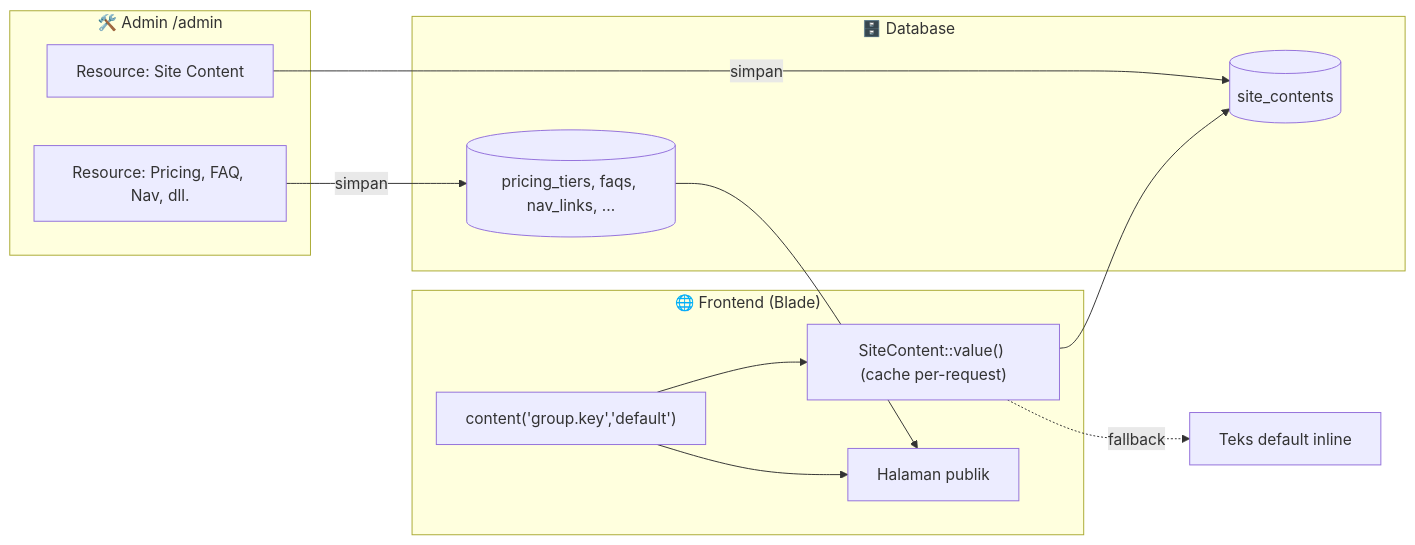
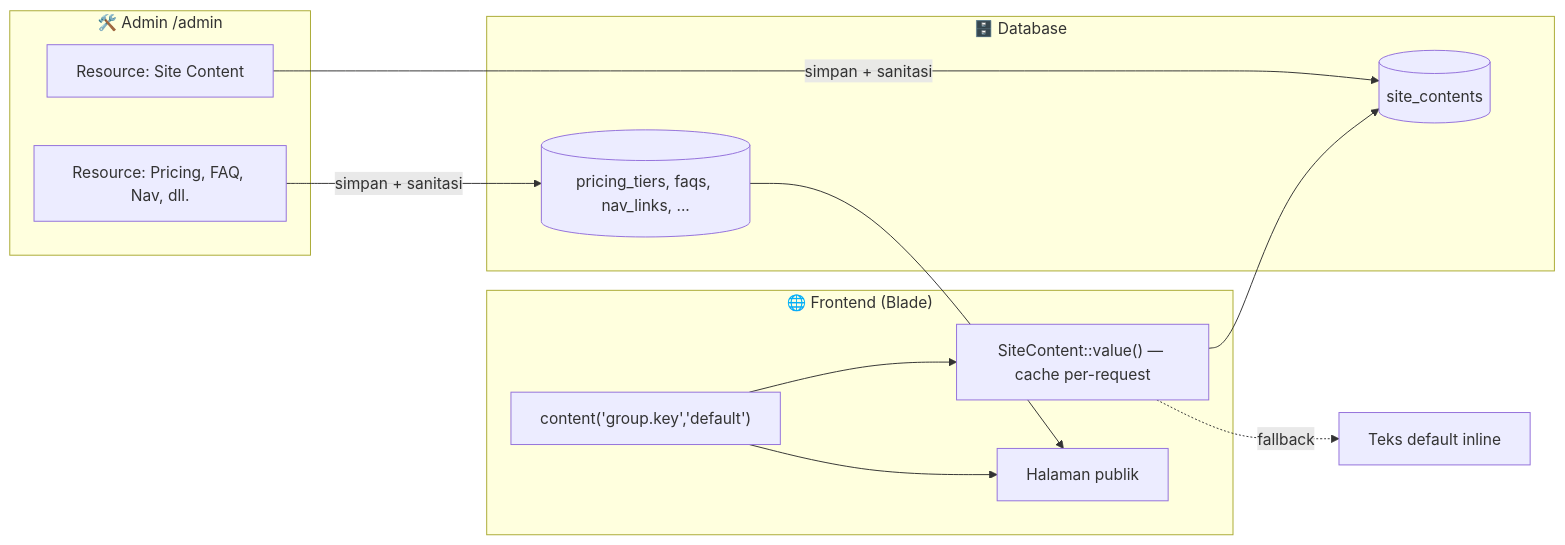
The fifth of 6 diagrams in README.md (creativetrees/Compeny), drawn with Mermaid before and after one commit. The commit also changed other lines of this file, not shown here.

````diff
--- a/README.md
+++ b/README.md
@@ -318,23 +285,23 @@
 ```mermaid
 flowchart LR
     subgraph ADMIN["🛠️ Admin /admin"]
         A1["Resource: Site Content"]
         A2["Resource: Pricing, FAQ, Nav, dll."]
     end
-    subgraph DB["🗄️ Database"]
+    subgraph DBX["🗄️ Database"]
         T1[("site_contents")]
         T2[("pricing_tiers, faqs, nav_links, ...")]
     end
     subgraph FRONT["🌐 Frontend (Blade)"]
         H["content('group.key','default')"]
-        L["SiteContent::value() (cache per-request)"]
+        L["SiteContent::value() — cache per-request"]
         P["Halaman publik"]
     end
 
-    A1 -->|simpan| T1
-    A2 -->|simpan| T2
+    A1 -->|simpan + sanitasi| T1
+    A2 -->|simpan + sanitasi| T2
     H --> L --> T1
-    L -. "fallback" .-> D["Teks default inline"]
+    L -. "fallback" .-> Dft["Teks default inline"]
     H --> P
     T2 --> P
 ```
````
